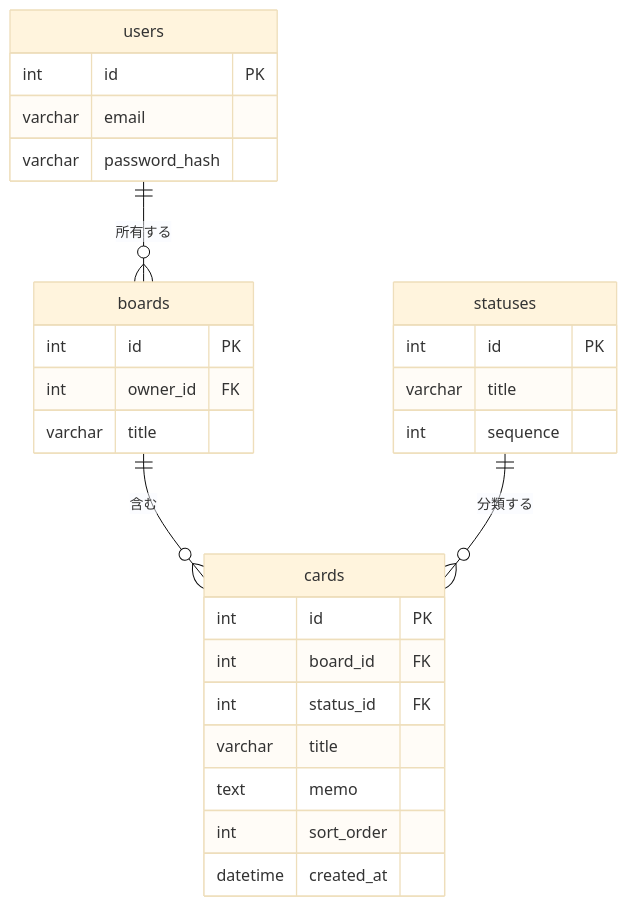
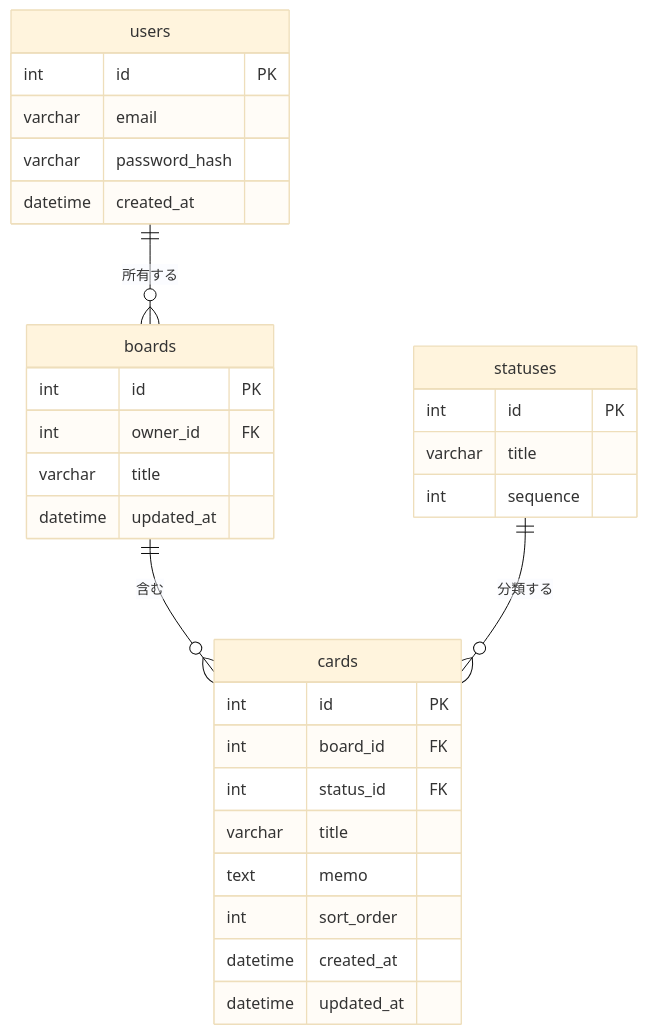
The second of 4 diagrams in docs/design.md (Akaimelon/Kadai_HR_Cloud), drawn with Mermaid (base theme) before and after one commit. The commit also changed other lines of this file, not shown here.

````diff
--- a/docs/design.md
+++ b/docs/design.md
@@ -120,30 +120,33 @@
 ```mermaid
 erDiagram
     users ||--o{ boards : "所有する"
     boards ||--o{ cards : "含む"
     statuses ||--o{ cards : "分類する"
     users {
         int id PK
         varchar email
         varchar password_hash
+        datetime created_at
     }
     boards {
         int id PK
         int owner_id FK
         varchar title
+        datetime updated_at
     }
     statuses {
         int id PK
         varchar title
         int sequence
     }
     cards {
         int id PK
         int board_id FK
         int status_id FK
         varchar title
         text memo
         int sort_order
         datetime created_at
+        datetime updated_at
     }
 ```
````
